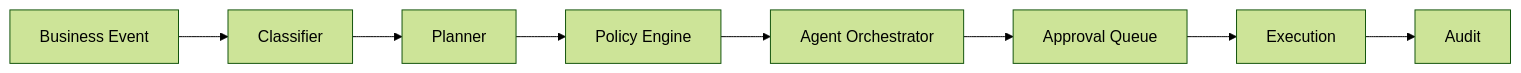
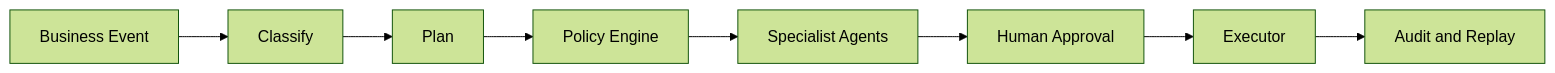
One commit to Dhrupad-05/EnterpriseOS-AI- changed the first of 2 diagrams in README.md. Above: the diagram before and after it, drawn with Mermaid (forest theme). The commit also changed other lines of this file and 17 other files, not shown here.

````diff
--- a/README.md
+++ b/README.md
@@ -5,5 +18,10 @@
 ```mermaid
 flowchart LR
- E[Business Event] --> C[Classifier] --> P[Planner] --> G[Policy Engine]
- G --> O[Agent Orchestrator] --> A[Approval Queue] --> X[Execution] --> U[Audit]
+    E[Business Event] --> C[Classify]
+    C --> P[Plan]
+    P --> G[Policy Engine]
+    G --> S[Specialist Agents]
+    S --> H[Human Approval]
+    H --> X[Executor]
+    X --> A[Audit and Replay]
 ```
````
